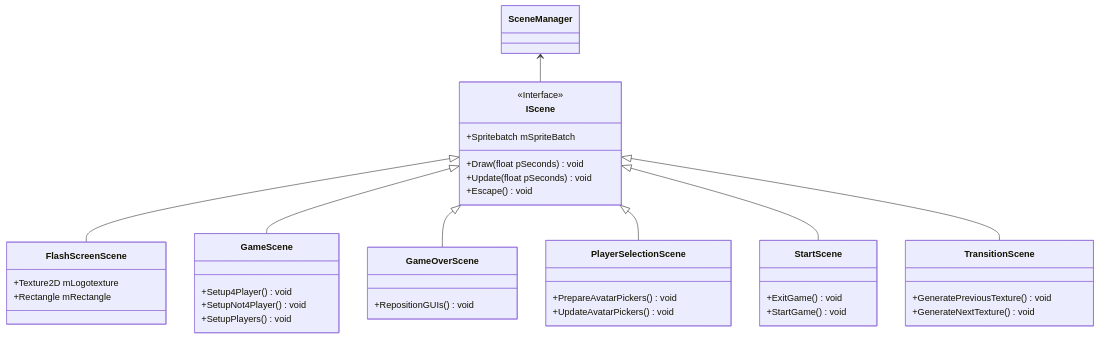
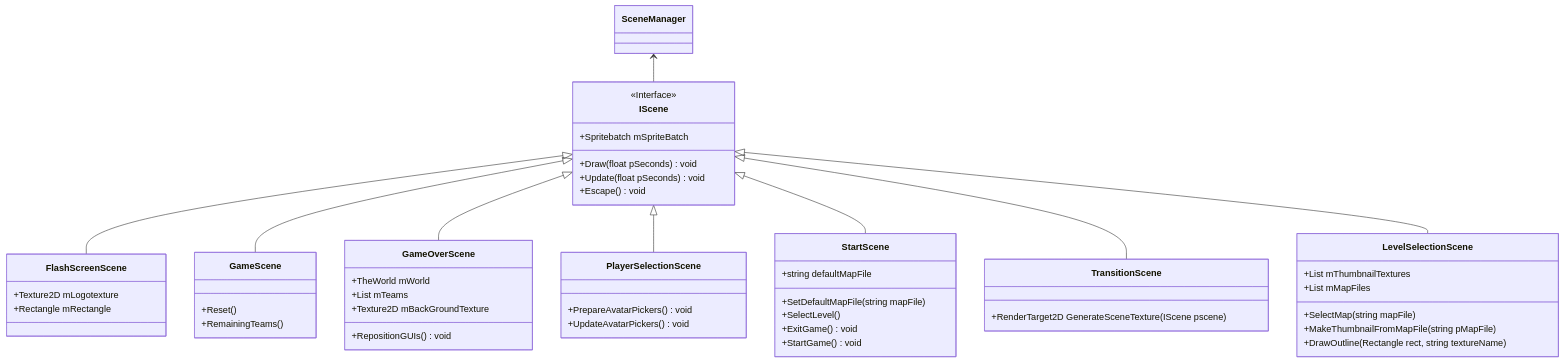
One commit to Spoingus/TroublesomeTanks_CDP changed the first of 2 diagrams in README.md. Above: the diagram before and after it, drawn with Mermaid.

Commit message:
Updated the Scene Class diagram in the Readme

````diff
--- a/README.md
+++ b/README.md
@@ -28,42 +28,54 @@
 ```mermaid
 classDiagram
     IScene <|-- FlashScreenScene
     IScene <|-- GameScene
     IScene <|-- GameOverScene
     IScene <|-- PlayerSelectionScene
     IScene <|-- StartScene
     IScene <|-- TransitionScene
+    IScene <|-- LevelSelectionScene
     SceneManager <-- IScene
     <<Interface>> IScene
 
     class IScene{
     +Spritebatch mSpriteBatch
     +Draw(float pSeconds) void
     +Update(float pSeconds) void
     +Escape() void
     }
     class FlashScreenScene{
         +Texture2D mLogotexture
         +Rectangle mRectangle
     }
     class GameScene{
-        +Setup4Player() void
-        +SetupNot4Player() void
-        +SetupPlayers() void
+        +Reset()
+        +RemainingTeams()
     }
     class GameOverScene{
+        +TheWorld mWorld
+        +List<Player> mTeams
+        +Texture2D mBackGroundTexture
         +RepositionGUIs() void
     }
     class PlayerSelectionScene{
         +PrepareAvatarPickers() void
         +UpdateAvatarPickers() void
     }
     class StartScene{
+        +string defaultMapFile
+        +SetDefaultMapFile(string mapFile)
+        +SelectLevel()
         +ExitGame() void
         +StartGame() void
     }
     class TransitionScene{
-        +GeneratePreviousTexture() void
-        +GenerateNextTexture() void
+        +RenderTarget2D GenerateSceneTexture(IScene pscene)
+    }
+    class LevelSelectionScene{
+        +List<Texture2D> mThumbnailTextures
+        +List<string> mMapFiles
+        +SelectMap(string mapFile)
+        +MakeThumbnailFromMapFile(string pMapFile)
+        +DrawOutline(Rectangle rect, string textureName)
     }
 ```
````
